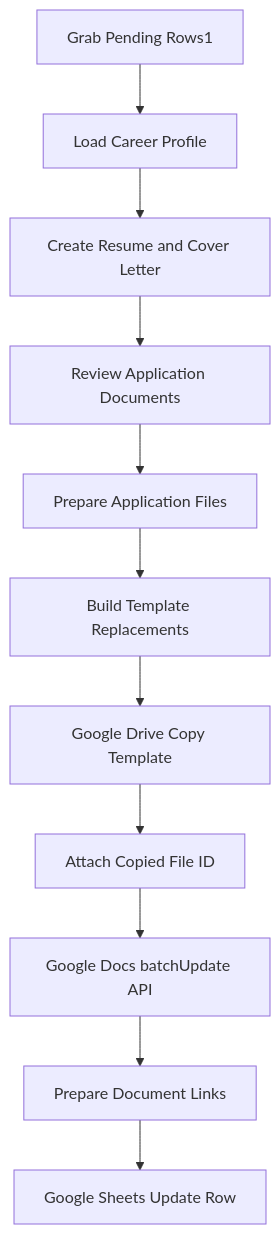
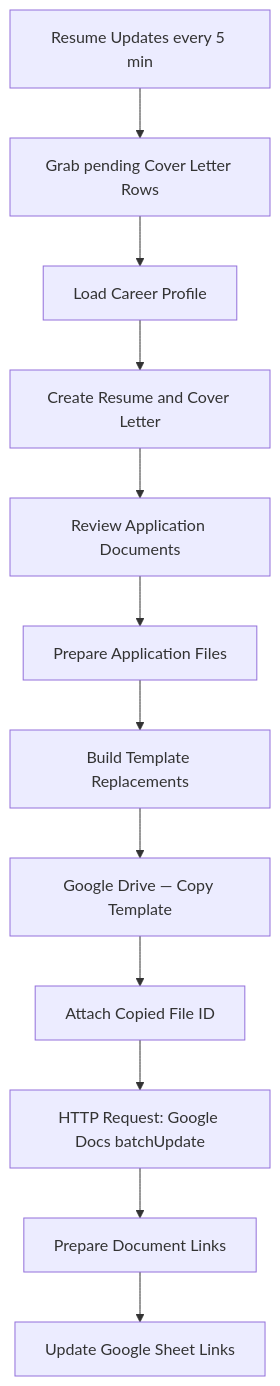
The second of 2 diagrams in docs/architecture.md (clausefoto/n8n-ai-job-application-automation), drawn with Mermaid before and after one commit. The commit also changed other lines of this file and 9 other files, not shown here.

Commit message:
docs: publish sanitized 19-node n8n workflow and updated architecture

````diff
--- a/docs/architecture.md
+++ b/docs/architecture.md
@@ -19,13 +25,14 @@
 ```mermaid
 flowchart TD
-  A[Grab Pending Rows1] --> B[Load Career Profile]
-  B --> C[Create Resume and Cover Letter]
-  C --> D[Review Application Documents]
-  D --> E[Prepare Application Files]
-  E --> F[Build Template Replacements]
-  F --> G[Google Drive Copy Template]
-  G --> H[Attach Copied File ID]
-  H --> I[Google Docs batchUpdate API]
-  I --> J[Prepare Document Links]
-  J --> K[Google Sheets Update Row]
+ H[Resume Updates every 5 min] --> I[Grab pending Cover Letter Rows]
+ I --> J[Load Career Profile]
+ J --> K[Create Resume and Cover Letter]
+ K --> L[Review Application Documents]
+ L --> M[Prepare Application Files]
+ M --> N[Build Template Replacements]
+ N --> O[Google Drive — Copy Template]
+ O --> P[Attach Copied File ID]
+ P --> Q[HTTP Request: Google Docs batchUpdate]
+ Q --> R[Prepare Document Links]
+ R --> S[Update Google Sheet Links]
 ```
````
